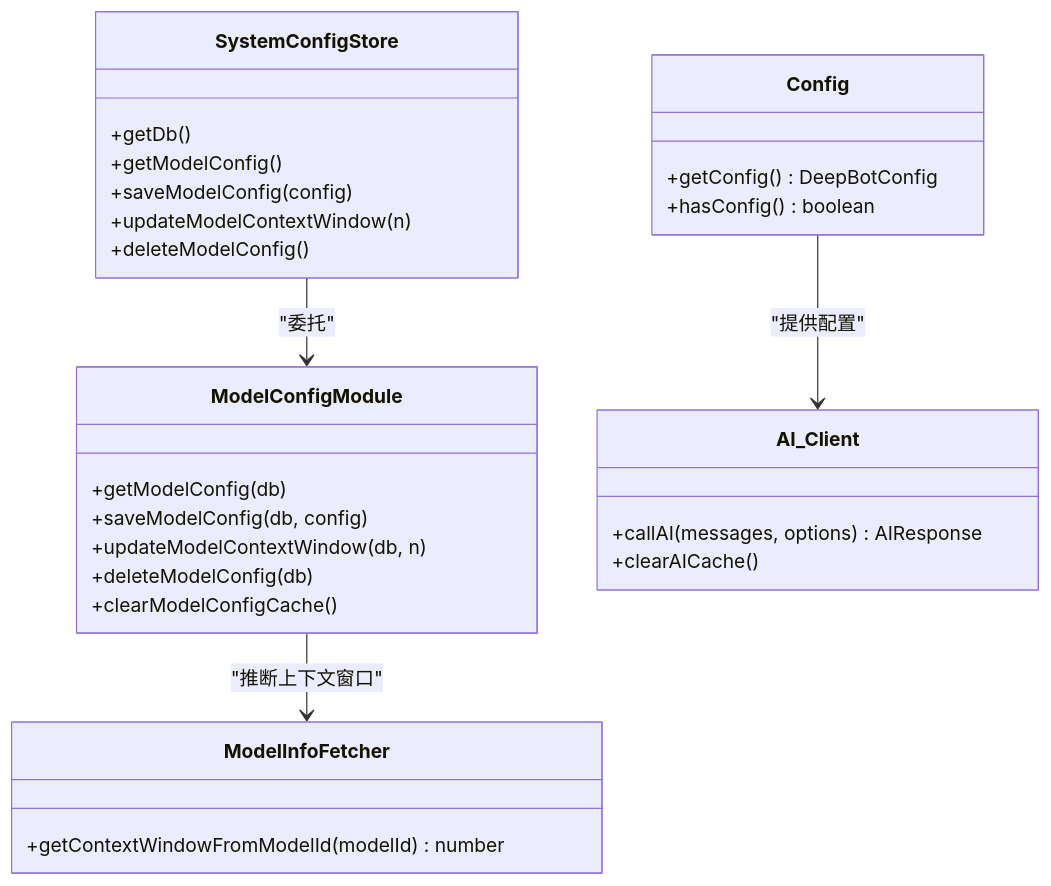
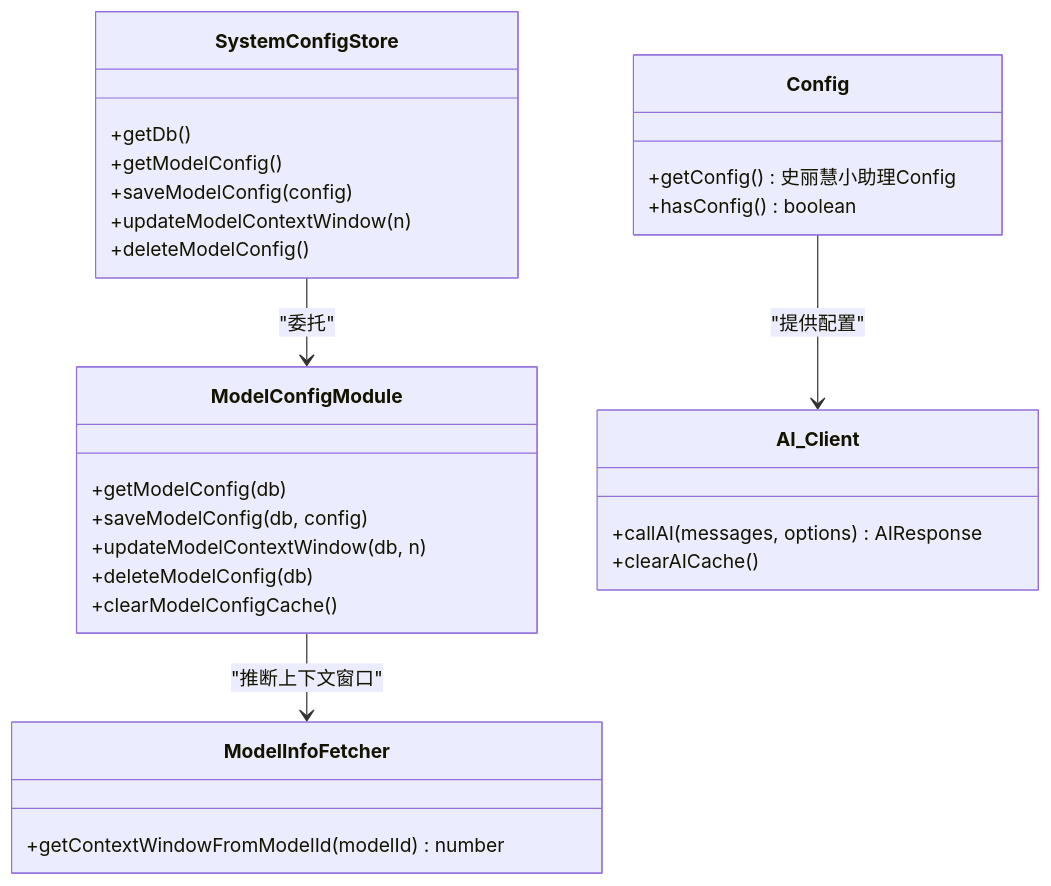
One commit to HEROhuqinchao/deepbot changed the fourth of 4 diagrams in .qoder/repowiki/zh/content/前端应用架构/设置页面组件/模型配置.md. Above: the diagram before and after it, drawn with Mermaid. The commit also changed other lines of this file and 250 other files, not shown here.

````diff
--- a/.qoder/repowiki/zh/content/前端应用架构/设置页面组件/模型配置.md
+++ b/.qoder/repowiki/zh/content/前端应用架构/设置页面组件/模型配置.md
@@ -249,31 +249,31 @@
 ```mermaid
 classDiagram
 class SystemConfigStore {
 +getDb()
 +getModelConfig()
 +saveModelConfig(config)
 +updateModelContextWindow(n)
 +deleteModelConfig()
 }
 class ModelConfigModule {
 +getModelConfig(db)
 +saveModelConfig(db, config)
 +updateModelContextWindow(db, n)
 +deleteModelConfig(db)
 +clearModelConfigCache()
 }
 class ModelInfoFetcher {
 +getContextWindowFromModelId(modelId) number
 }
 class Config {
-+getConfig() DeepBotConfig
++getConfig() 史丽慧小助理Config
 +hasConfig() boolean
 }
 class AI_Client {
 +callAI(messages, options) AIResponse
 +clearAICache()
 }
 SystemConfigStore --> ModelConfigModule : "委托"
 ModelConfigModule --> ModelInfoFetcher : "推断上下文窗口"
 Config --> AI_Client : "提供配置"
 ```
````
